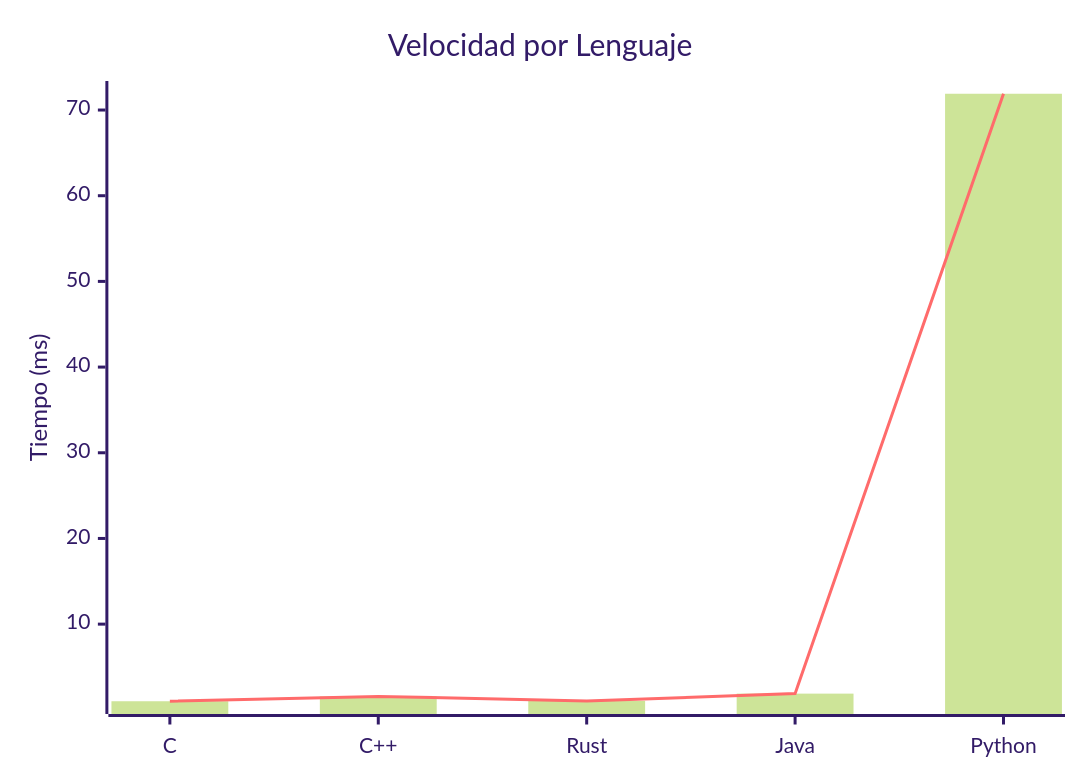
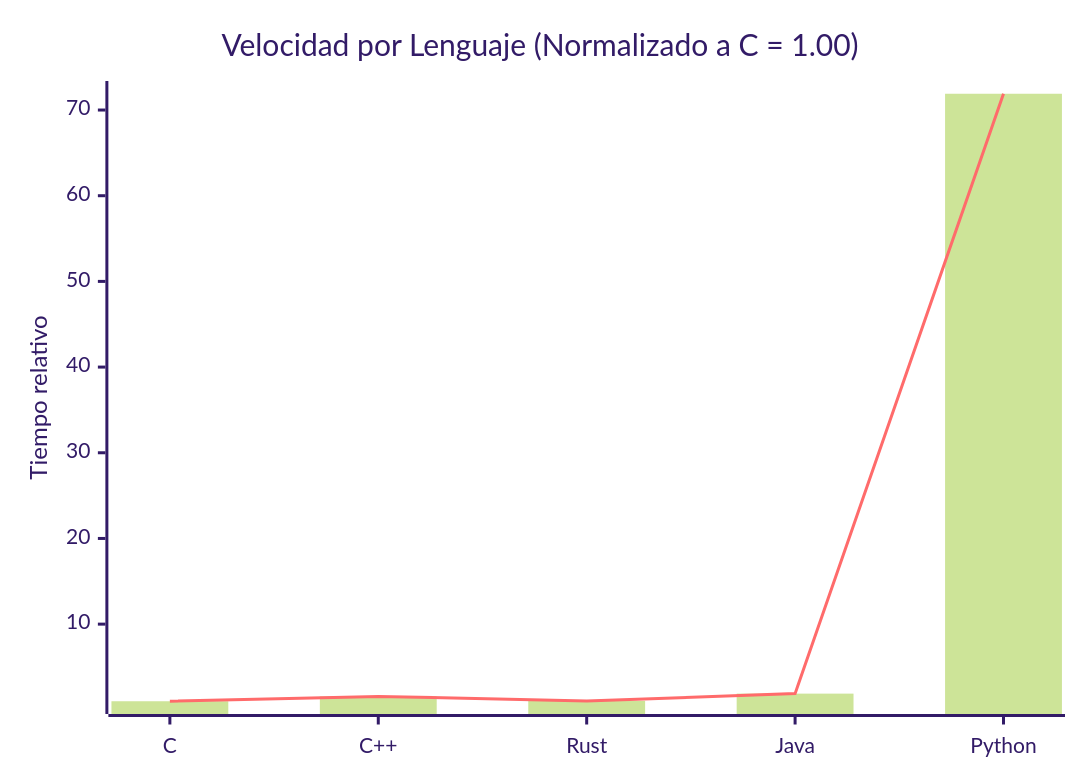
The first of 4 diagrams in _posts/2024-08-05-Por_que_Cpp.md (CPC-GALLOS/CPC-GALLOS.github.io), drawn with Mermaid (forest theme) before and after one commit. The commit also changed other lines of this file and 4 other files, not shown here.

````diff
--- a/_posts/2024-08-05-Por_que_Cpp.md
+++ b/_posts/2024-08-05-Por_que_Cpp.md
@@ -53,8 +76,8 @@
 ```mermaid
 xychart-beta
-    title "Velocidad por Lenguaje"
+    title "Velocidad por Lenguaje (Normalizado a C = 1.00)"
     x-axis ["C", "C++", "Rust", "Java", "Python"]
-    y-axis "Tiempo (ms)"
-    bar [1.00, 1.56 , 1.04, 1.89, 71.90]
-    line [1.00, 1.56 , 1.04, 1.89, 71.90]
+    y-axis "Tiempo relativo"
+    bar [1.00, 1.56, 1.04, 1.89, 71.90]
+    line [1.00, 1.56, 1.04, 1.89, 71.90]
 ```
````
